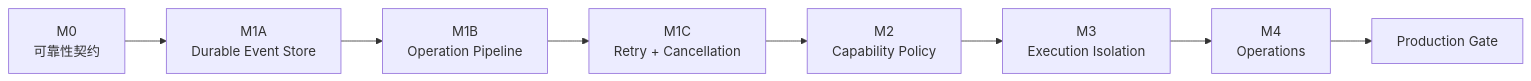
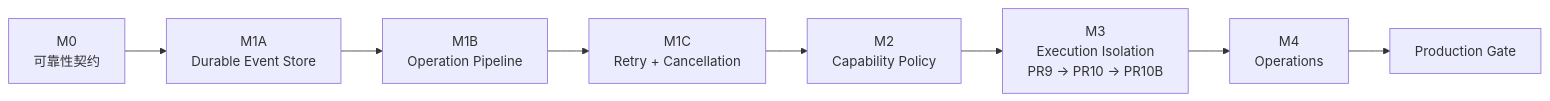
Before and after one commit to caosiwei97/super-agent: the third of 6 diagrams in docs/production-agent-spec.md, drawn with Mermaid. The commit also changed other lines of this file and 3 other files, not shown here.

````diff
--- a/docs/production-agent-spec.md
+++ b/docs/production-agent-spec.md
@@ -510,10 +510,10 @@
 ```mermaid
 flowchart LR
     M0["M0<br/>可靠性契约"] --> M1A["M1A<br/>Durable Event Store"]
     M1A --> M1B["M1B<br/>Operation Pipeline"]
     M1B --> M1C["M1C<br/>Retry + Cancellation"]
     M1C --> M2["M2<br/>Capability Policy"]
-    M2 --> M3["M3<br/>Execution Isolation"]
+    M2 --> M3["M3<br/>Execution Isolation<br/>PR9 → PR10 → PR10B"]
     M3 --> M4["M4<br/>Operations"]
     M4 --> Gate["Production Gate"]
 ```
````
